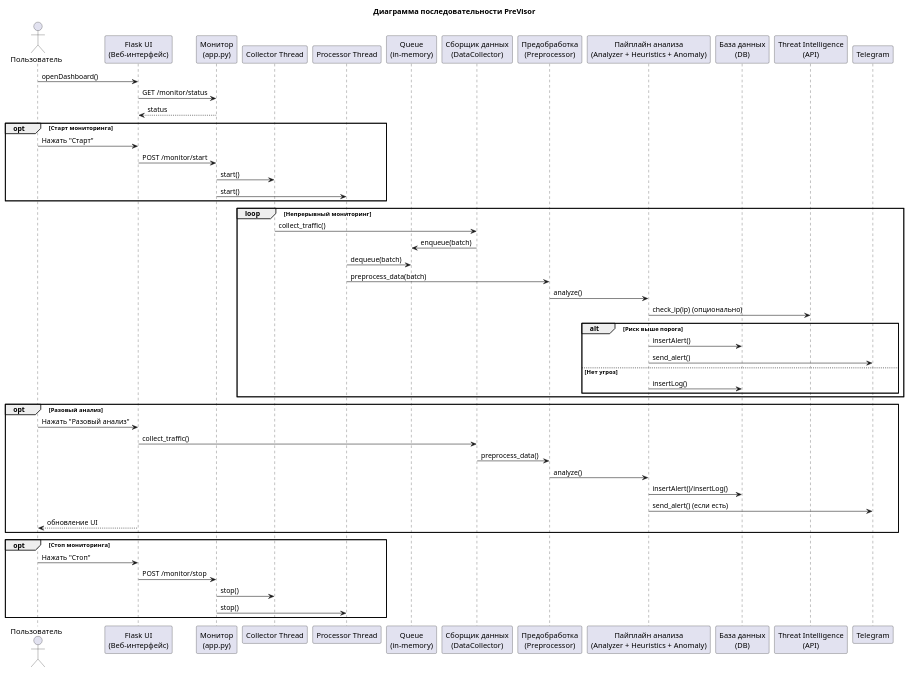
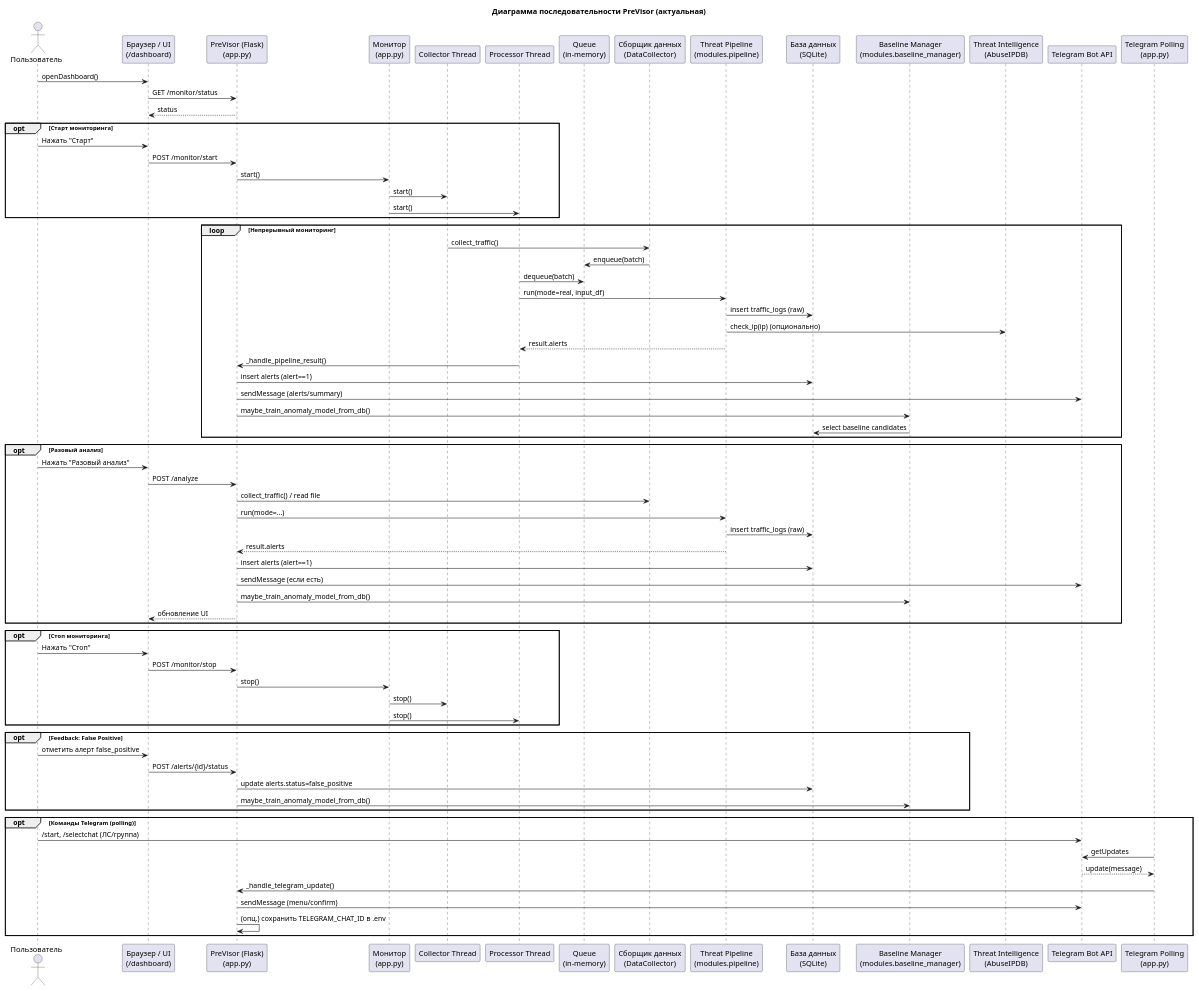
The diagram in static/previsor_sequence_diagram.puml (k00000tek/previsor), drawn with PlantUML before and after one commit. The commit also changed 34 other files, not shown here.

```diff
--- a/static/previsor_sequence_diagram.puml
+++ b/static/previsor_sequence_diagram.puml
@@ -1,60 +1,83 @@
 @startuml
-title Диаграмма последовательности PreVisor
+title Диаграмма последовательности PreVisor (актуальная)
 
 actor "Пользователь" as User
-participant "Flask UI\n(Веб-интерфейс)" as Flask
+participant "Браузер / UI\n(/dashboard)" as UI
+participant "PreVisor (Flask)\n(app.py)" as App
 participant "Монитор\n(app.py)" as Mon
 participant "Collector Thread" as Col
 participant "Processor Thread" as Proc
 participant "Queue\n(in-memory)" as Q
 participant "Сборщик данных\n(DataCollector)" as DC
-participant "Предобработка\n(Preprocessor)" as PP
-participant "Пайплайн анализа\n(Analyzer + Heuristics + Anomaly)" as AN
-participant "База данных\n(DB)" as DB
-participant "Threat Intelligence\n(API)" as EXT
-participant "Telegram" as TG
+participant "Threat Pipeline\n(modules.pipeline)" as Pipe
+participant "База данных\n(SQLite)" as DB
+participant "Baseline Manager\n(modules.baseline_manager)" as BM
+participant "Threat Intelligence\n(AbuseIPDB)" as EXT
+participant "Telegram Bot API" as TG
+participant "Telegram Polling\n(app.py)" as Poll
 
-User -> Flask : openDashboard()
-Flask -> Mon : GET /monitor/status
-Mon --> Flask : status
+User -> UI : openDashboard()
+UI -> App : GET /monitor/status
+App --> UI : status
 
 opt Старт мониторинга
-  User -> Flask : Нажать "Старт"
-  Flask -> Mon : POST /monitor/start
+  User -> UI : Нажать "Старт"
+  UI -> App : POST /monitor/start
+  App -> Mon : start()
   Mon -> Col : start()
   Mon -> Proc : start()
 end
 
 loop Непрерывный мониторинг
   Col -> DC : collect_traffic()
   DC -> Q : enqueue(batch)
   Proc -> Q : dequeue(batch)
-  Proc -> PP : preprocess_data(batch)
-  PP -> AN : analyze()
-  AN -> EXT : check_ip(ip) (опционально)
-  alt Риск выше порога
-    AN -> DB : insertAlert()
-    AN -> TG : send_alert()
-  else Нет угроз
-    AN -> DB : insertLog()
-  end
+  Proc -> Pipe : run(mode=real, input_df)
+  Pipe -> DB : insert traffic_logs (raw)
+  Pipe -> EXT : check_ip(ip) (опционально)
+  Pipe --> Proc : result.alerts
+  Proc -> App : _handle_pipeline_result()
+  App -> DB : insert alerts (alert==1)
+  App -> TG : sendMessage (alerts/summary)
+  App -> BM : maybe_train_anomaly_model_from_db()
+  BM -> DB : select baseline candidates
 end
 
 opt Разовый анализ
-  User -> Flask : Нажать "Разовый анализ"
-  Flask -> DC : collect_traffic()
-  DC -> PP : preprocess_data()
-  PP -> AN : analyze()
-  AN -> DB : insertAlert()/insertLog()
-  AN -> TG : send_alert() (если есть)
-  Flask --> User : обновление UI
+  User -> UI : Нажать "Разовый анализ"
+  UI -> App : POST /analyze
+  App -> DC : collect_traffic() / read file
+  App -> Pipe : run(mode=...)
+  Pipe -> DB : insert traffic_logs (raw)
+  Pipe --> App : result.alerts
+  App -> DB : insert alerts (alert==1)
+  App -> TG : sendMessage (если есть)
+  App -> BM : maybe_train_anomaly_model_from_db()
+  UI <-- App : обновление UI
 end
 
 opt Стоп мониторинга
-  User -> Flask : Нажать "Стоп"
-  Flask -> Mon : POST /monitor/stop
+  User -> UI : Нажать "Стоп"
+  UI -> App : POST /monitor/stop
+  App -> Mon : stop()
   Mon -> Col : stop()
   Mon -> Proc : stop()
 end
 
+opt Feedback: False Positive
+  User -> UI : отметить алерт false_positive
+  UI -> App : POST /alerts/{id}/status
+  App -> DB : update alerts.status=false_positive
+  App -> BM : maybe_train_anomaly_model_from_db()
+end
+
+opt Команды Telegram (polling)
+  User -> TG : /start, /selectchat (ЛС/группа)
+  Poll -> TG : getUpdates
+  TG --> Poll : update(message)
+  Poll -> App : _handle_telegram_update()
+  App -> TG : sendMessage (menu/confirm)
+  App -> App : (опц.) сохранить TELEGRAM_CHAT_ID в .env
+end
+
 @enduml
```
